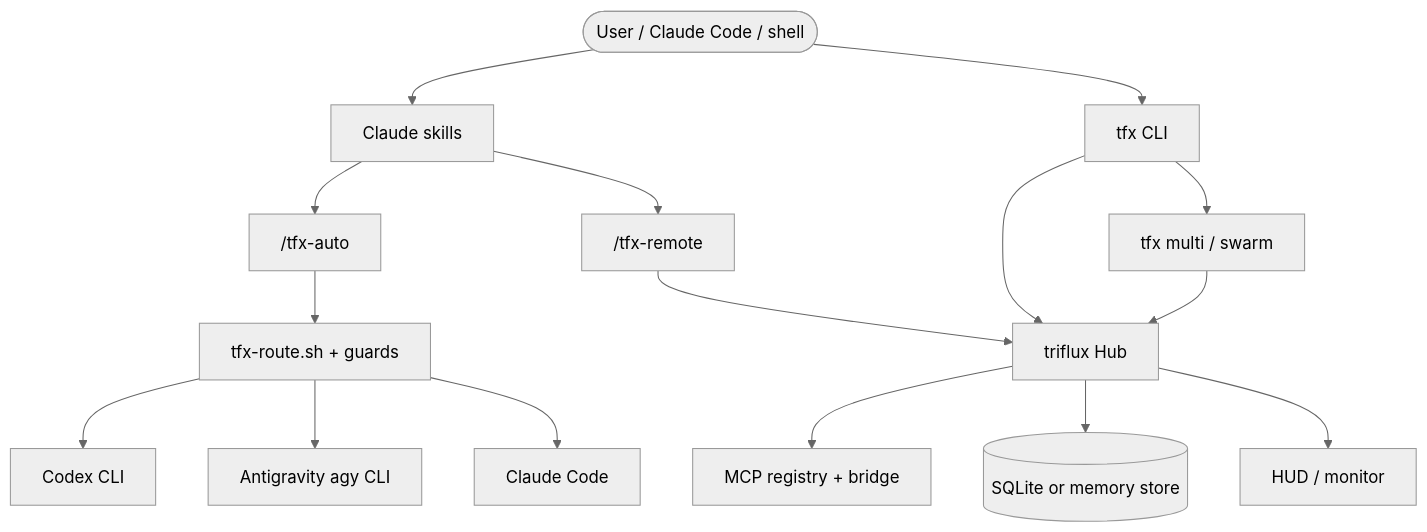
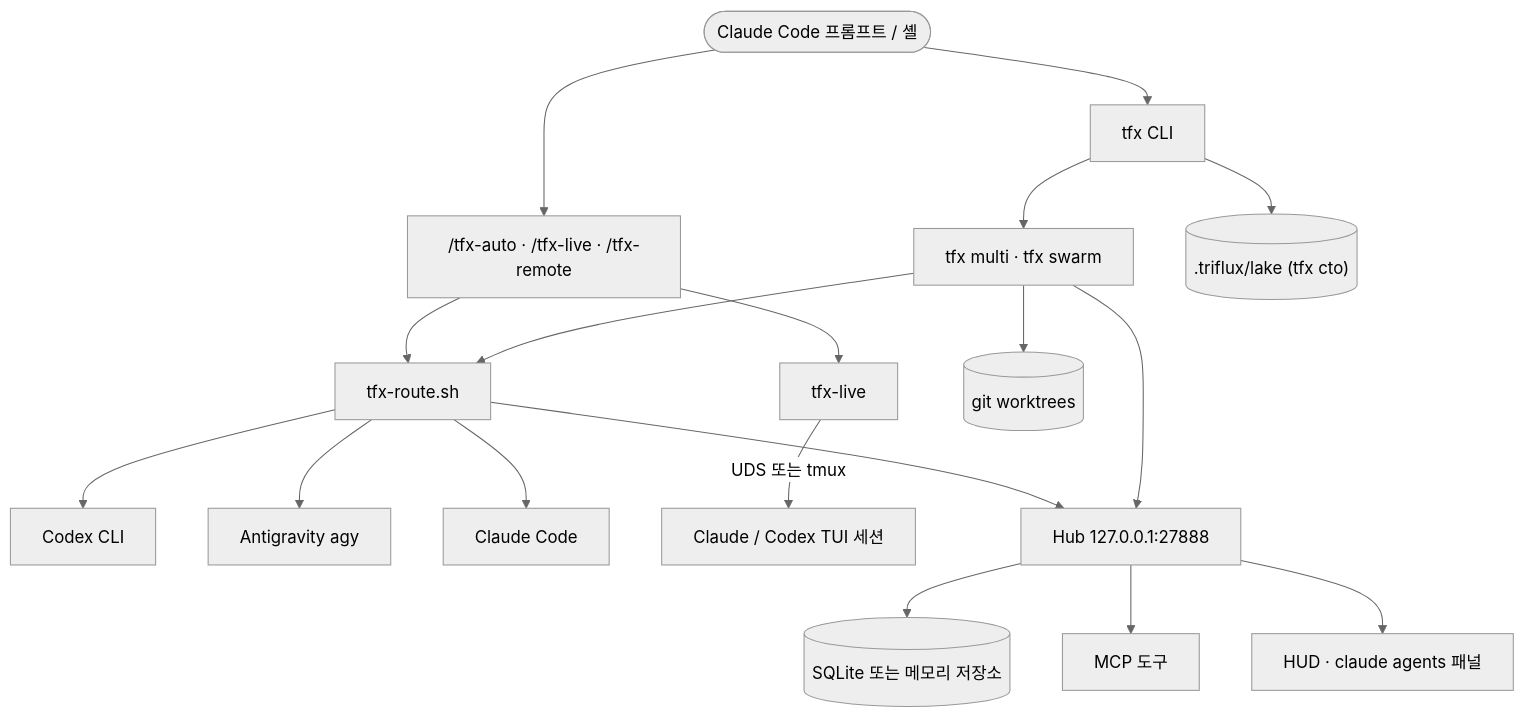
The diagram in packages/triflux/README.ko.md (tellang/triflux), drawn with Mermaid (neutral theme) before and after one commit. The commit also changed other lines of this file and 15 other files, not shown here.

````diff
--- a/packages/triflux/README.ko.md
+++ b/packages/triflux/README.ko.md
@@ -260,18 +184,20 @@
 ```mermaid
 graph TD
-    User([User / Claude Code / shell]) --> Skills[Claude skills]
+    User([Claude Code 프롬프트 / 셸]) --> Skills["/tfx-auto · /tfx-live · /tfx-remote"]
     User --> CLI[tfx CLI]
-    Skills --> Auto["/tfx-auto"]
-    Skills --> Remote["/tfx-remote"]
-    CLI --> Hub[triflux Hub]
-    CLI --> Team[tfx multi / swarm]
-    Auto --> Route[tfx-route.sh + guards]
+    Skills --> Route[tfx-route.sh]
+    Skills --> Live[tfx-live]
+    CLI --> Team["tfx multi · tfx swarm"]
+    Route --> Codex[Codex CLI]
+    Route --> Agy[Antigravity agy]
+    Route --> Claude[Claude Code]
+    Team --> Route
+    Team --> WT[(git worktrees)]
+    Live -->|UDS 또는 tmux| Sessions[Claude / Codex TUI 세션]
+    Route --> Hub["Hub 127.0.0.1:27888"]
     Team --> Hub
-    Remote --> Hub
-    Route --> Codex[Codex CLI]
-    Route --> Antigravity[Antigravity agy CLI]
-    Route --> Claude[Claude Code]
-    Hub --> MCP[MCP registry + bridge]
-    Hub --> Store[(SQLite or memory store)]
-    Hub --> Dashboard[HUD / monitor]
+    Hub --> Store[(SQLite 또는 메모리 저장소)]
+    Hub --> MCP[MCP 도구]
+    Hub --> UI["HUD · claude agents 패널"]
+    CLI --> Lake[(".triflux/lake (tfx cto)")]
 ```
````
